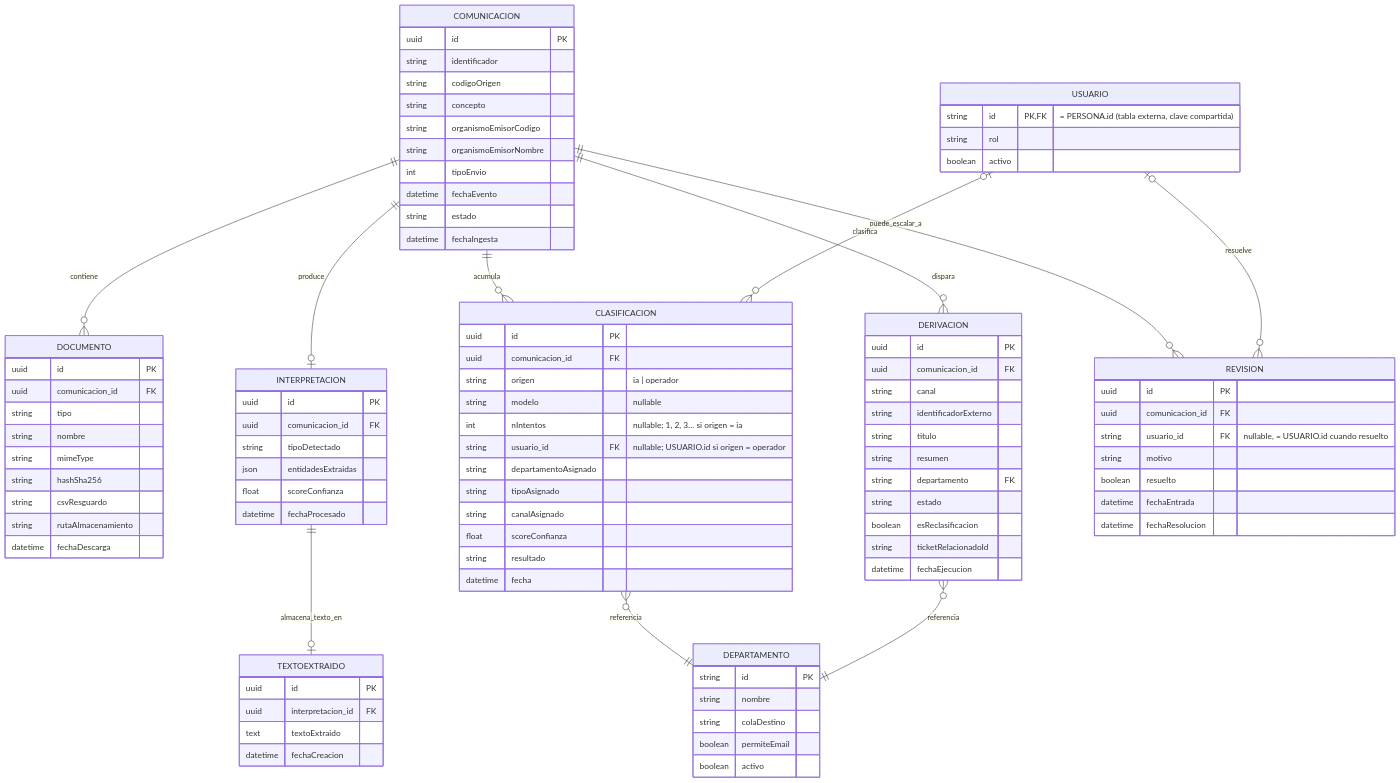
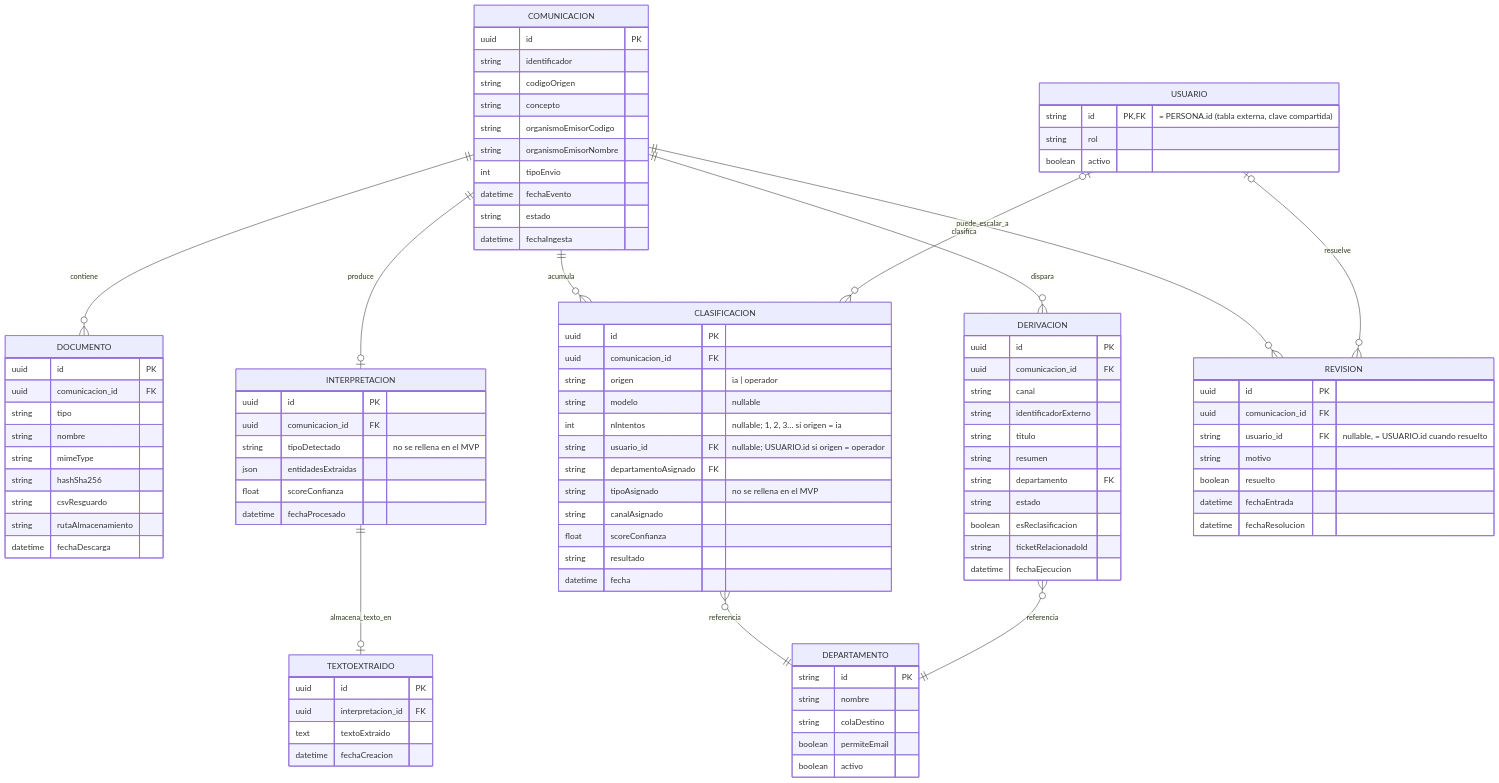
Before and after one commit to XIN917/TFM: the diagram in Diagramas/ER_Explicacion.md, drawn with Mermaid. The commit also changed other lines of this file and 8 other files, not shown here.

```diff
--- a/Diagramas/ER_Explicacion.md
+++ b/Diagramas/ER_Explicacion.md
@@ -43,7 +43,7 @@
   INTERPRETACION {
     uuid id PK
     uuid comunicacion_id FK
-    string tipoDetectado
+    string tipoDetectado "no se rellena en el MVP"
     json entidadesExtraidas
     float scoreConfianza
     datetime fechaProcesado
@@ -61,8 +61,8 @@
     string modelo "nullable"
     int nIntentos "nullable; 1, 2, 3… si origen = ia"
     string usuario_id FK "nullable; USUARIO.id si origen = operador"
-    string departamentoAsignado
-    string tipoAsignado
+    string departamentoAsignado FK
+    string tipoAsignado "no se rellena en el MVP"
     string canalAsignado
     float scoreConfianza
     string resultado
```
